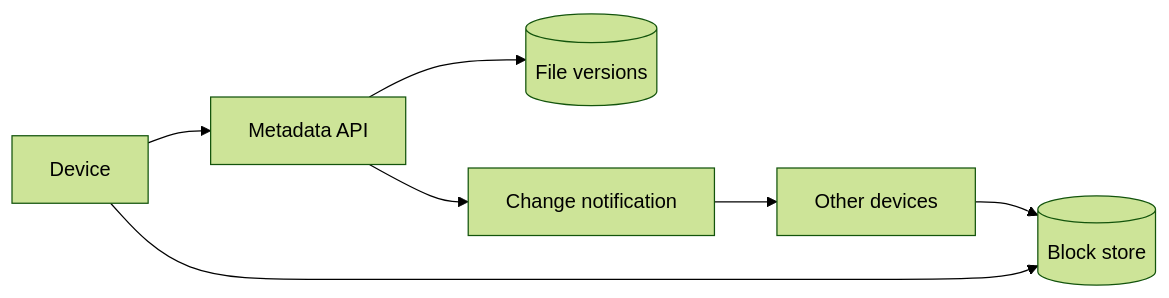
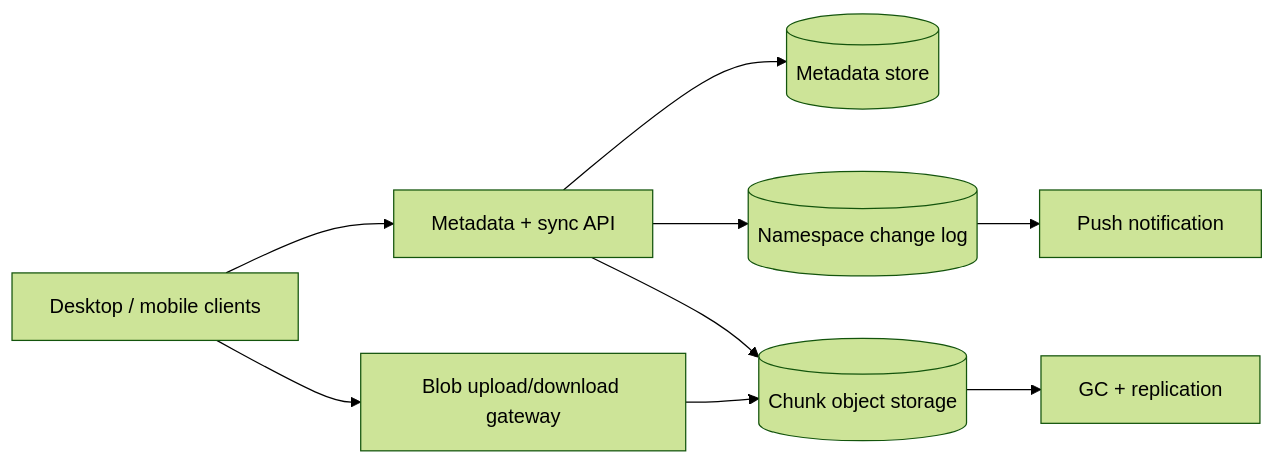
Before and after one commit to yangzichao/www: the diagram in src/content/blog/system-design/file-sync.md, drawn with Mermaid (forest theme). The commit also changed other lines of this file and 18 other files, not shown here.

Commit message:
refactor: Revise URL Shortener design document to enhance clarity and detail on system evolution, API specifications, and architectural considerations

````diff
--- a/src/content/blog/system-design/file-sync.md
+++ b/src/content/blog/system-design/file-sync.md
@@ -83,9 +275,11 @@
 ```mermaid
 flowchart LR
-  D[Device] --> M[Metadata API]
-  D --> B[(Block store)]
-  M --> F[(File versions)]
-  M --> N[Change notification]
-  N --> O[Other devices]
-  O --> B
+  D[Desktop / mobile clients] --> M[Metadata + sync API]
+  D --> B[Blob upload/download gateway]
+  M --> DB[(Metadata store)]
+  M --> C[(Namespace change log)]
+  B --> O[(Chunk object storage)]
+  M --> O
+  C --> P[Push notification]
+  O --> G[GC + replication]
 ```
````
